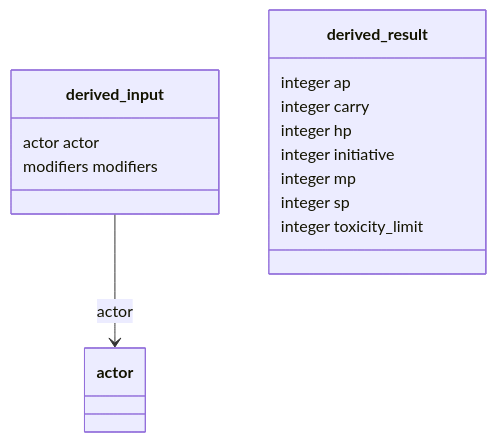
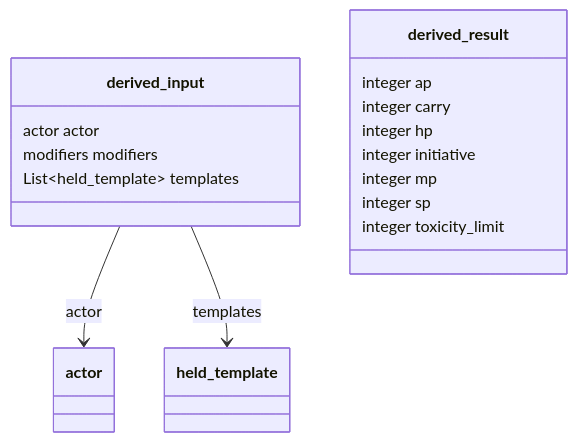
One commit to SETA1609/riftweave-core changed diagram 15 of 34 in docs/backend/contract-diagram.md. Above: the diagram before and after it, drawn with Mermaid. The commit also changed other lines of this file and 305 other files, not shown here.

````diff
--- a/docs/backend/contract-diagram.md
+++ b/docs/backend/contract-diagram.md
@@ -445,18 +522,21 @@
 ```mermaid
 classDiagram
     class derived_input {
         actor actor
         modifiers modifiers
+        List~held_template~ templates
     }
     class derived_result {
         integer ap
         integer carry
         integer hp
         integer initiative
         integer mp
         integer sp
         integer toxicity_limit
     }
     class actor
+    class held_template
     derived_input --> actor : actor
+    derived_input --> held_template : templates
 ```
````
